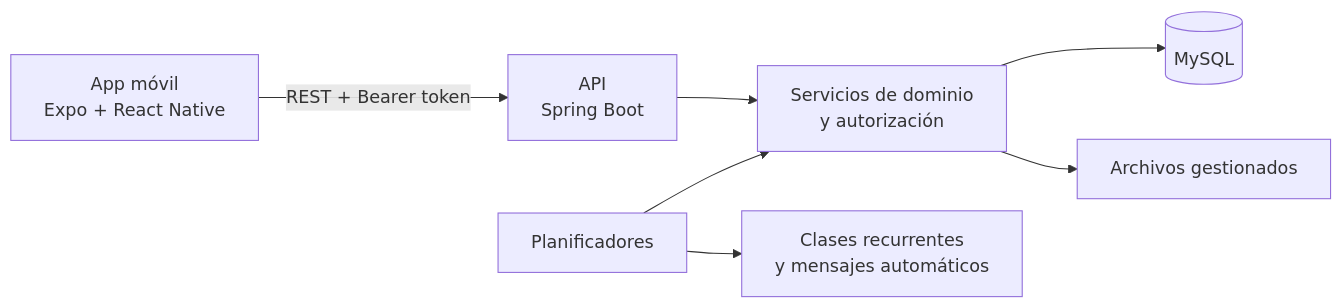
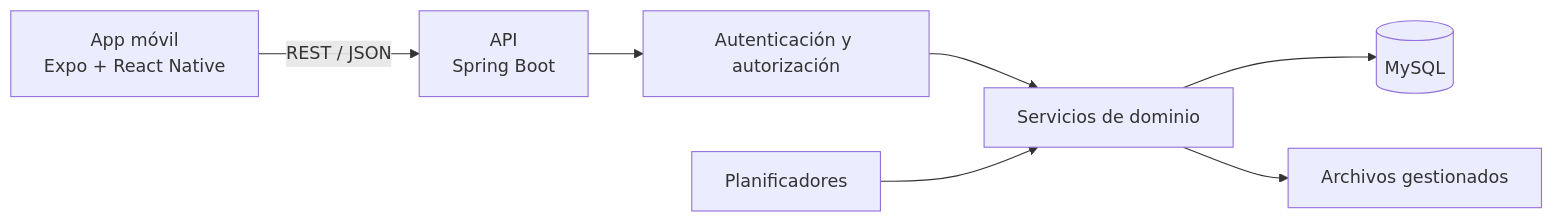
Before and after one commit to vonmiller1/gymwebsite: the diagram in README.md, drawn with Mermaid. The commit also changed other lines of this file, not shown here.

````diff
--- a/README.md
+++ b/README.md
@@ -72,9 +53,9 @@
 ```mermaid
 flowchart LR
-    A[App móvil\nExpo + React Native] -->|REST + Bearer token| B[API\nSpring Boot]
-    B --> C[Servicios de dominio\ny autorización]
-    C --> D[(MySQL)]
-    C --> E[Archivos gestionados]
-    F[Planificadores] --> C
-    F --> G[Clases recurrentes\ny mensajes automáticos]
+    App[App móvil<br/>Expo + React Native] -->|REST / JSON| API[API<br/>Spring Boot]
+    API --> Auth[Autenticación y autorización]
+    Auth --> Domain[Servicios de dominio]
+    Domain --> DB[(MySQL)]
+    Domain --> Files[Archivos gestionados]
+    Scheduler[Planificadores] --> Domain
 ```
````
